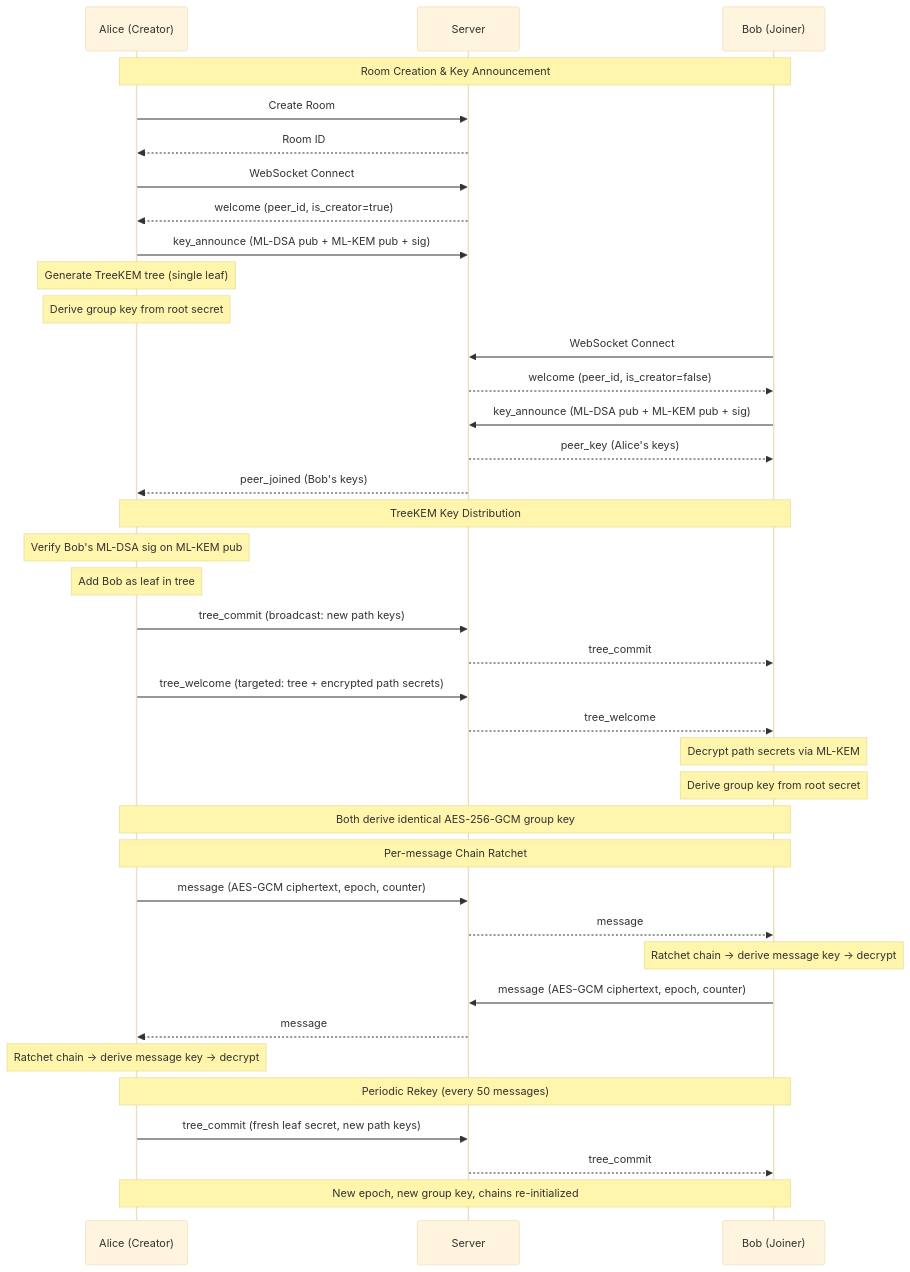
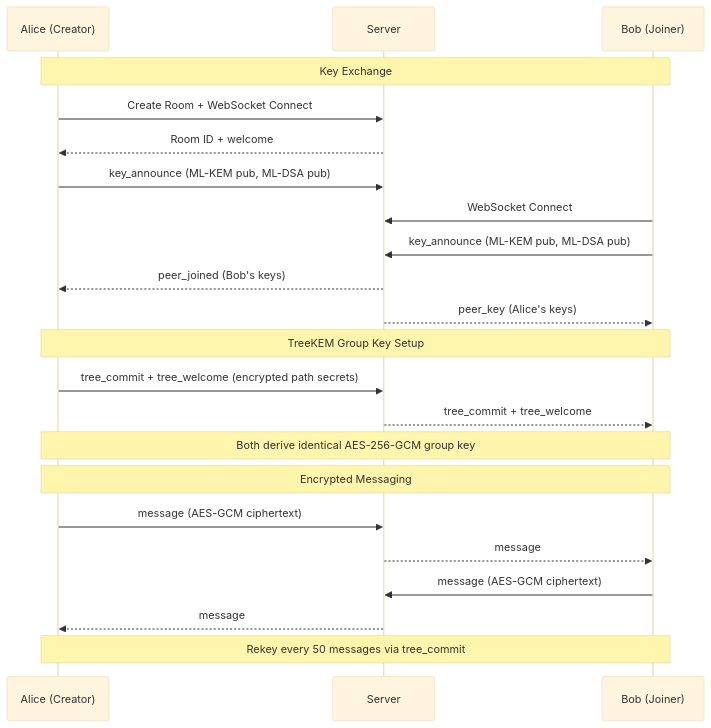
The diagram in README.md (longestneckedgiraffe/parrhesia-frontend), drawn with Mermaid (base theme) before and after one commit.

Commit message:
chore: update mermaid again

````diff
--- a/README.md
+++ b/README.md
@@ -17,50 +17,32 @@
 ```mermaid
 sequenceDiagram
     participant A as Alice (Creator)
     participant S as Server
     participant B as Bob (Joiner)
 
-    Note over A,B: Room Creation & Key Announcement
+    Note over A,B: Key Exchange
 
-    A->>S: Create Room
-    S-->>A: Room ID
-    A->>S: WebSocket Connect
-    S-->>A: welcome (peer_id, is_creator=true)
-    A->>S: key_announce (ML-DSA pub + ML-KEM pub + sig)
-    Note over A: Generate TreeKEM tree (single leaf)
-    Note over A: Derive group key from root secret
+    A->>S: Create Room + WebSocket Connect
+    S-->>A: Room ID + welcome
+    A->>S: key_announce (ML-KEM pub, ML-DSA pub)
 
     B->>S: WebSocket Connect
-    S-->>B: welcome (peer_id, is_creator=false)
-    B->>S: key_announce (ML-DSA pub + ML-KEM pub + sig)
+    B->>S: key_announce (ML-KEM pub, ML-DSA pub)
+    S-->>A: peer_joined (Bob's keys)
     S-->>B: peer_key (Alice's keys)
-    S-->>A: peer_joined (Bob's keys)
 
-    Note over A,B: TreeKEM Key Distribution
+    Note over A,B: TreeKEM Group Key Setup
 
-    Note over A: Verify Bob's ML-DSA sig on ML-KEM pub
-    Note over A: Add Bob as leaf in tree
-    A->>S: tree_commit (broadcast: new path keys)
-    S-->>B: tree_commit
-    A->>S: tree_welcome (targeted: tree + encrypted path secrets)
-    S-->>B: tree_welcome
-    Note over B: Decrypt path secrets via ML-KEM
-    Note over B: Derive group key from root secret
+    A->>S: tree_commit + tree_welcome (encrypted path secrets)
+    S-->>B: tree_commit + tree_welcome
     Note over A,B: Both derive identical AES-256-GCM group key
 
-    Note over A,B: Per-message Chain Ratchet
+    Note over A,B: Encrypted Messaging
 
-    A->>S: message (AES-GCM ciphertext, epoch, counter)
+    A->>S: message (AES-GCM ciphertext)
     S-->>B: message
-    Note over B: Ratchet chain → derive message key → decrypt
+    B->>S: message (AES-GCM ciphertext)
+    S-->>A: message
 
-    B->>S: message (AES-GCM ciphertext, epoch, counter)
-    S-->>A: message
-    Note over A: Ratchet chain → derive message key → decrypt
-
-    Note over A,B: Periodic Rekey (every 50 messages)
-
-    A->>S: tree_commit (fresh leaf secret, new path keys)
-    S-->>B: tree_commit
-    Note over A,B: New epoch, new group key, chains re-initialized
+    Note over A,B: Rekey every 50 messages via tree_commit
 ```
````
